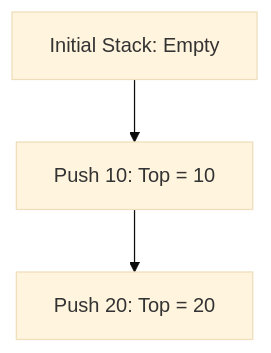
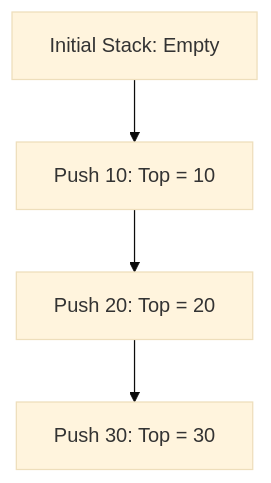
The second of 5 diagrams in DSA-C/Chapter 3 - Stack/00_Stack_Notes.md (XE0N-Eg0/DSA-C), drawn with Mermaid (base theme) before and after one commit. The commit also changed other lines of this file, not shown here.

````diff
--- a/DSA-C/Chapter 3 - Stack/00_Stack_Notes.md
+++ b/DSA-C/Chapter 3 - Stack/00_Stack_Notes.md
@@ -48,5 +49,6 @@
 ```mermaid
 graph TB
-    A[Initial Stack: Empty] --> B[Push 10: Top = 10]
-    B --> C[Push 20: Top = 20]
+    Start[Initial Stack: Empty] --> Add10[Push 10: Top = 10]
+    Add10 --> Add20[Push 20: Top = 20]
+    Add20 --> Add30[Push 30: Top = 30]
 ```
````
